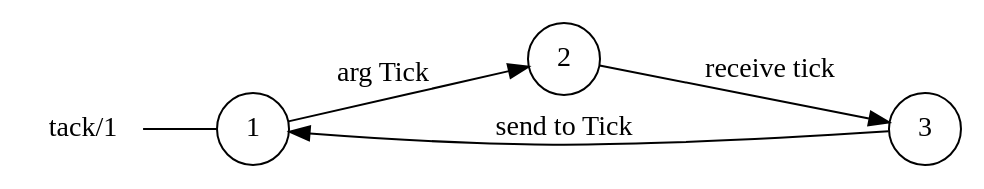
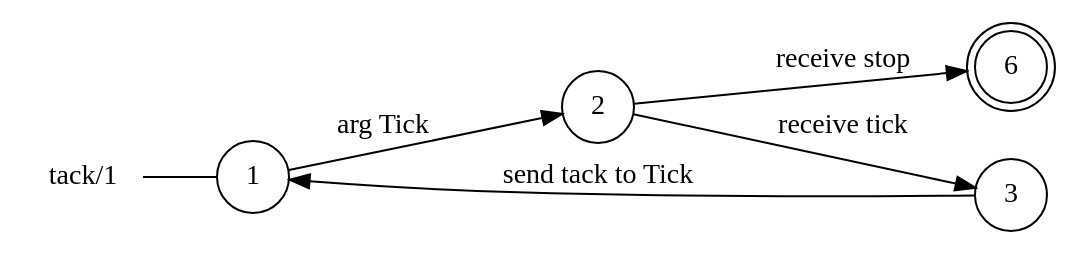
Before and after one commit to gabrielegenovese/chorer: the diagram in out/tack1_local_view.dot, drawn with Graphviz. The commit also changed 8 other files, not shown here.

```diff
--- a/out/tack1_local_view.dot
+++ b/out/tack1_local_view.dot
@@ -1,12 +1,14 @@
 digraph tack {
 	rankdir="LR";
 	n_0 [label="tack/1", shape="plaintext"];
-	n_1 [id="1", shape=circle, label="1"];
-	n_0 -> n_1 [arrowhead=none];
-	n_2 [id="2", shape=circle, label="2"];
-	n_3 [id="3", shape=circle, label="3"];
+	n_1 [id="6", shape=doublecircle, label="6"];
+	n_2 [id="1", shape=circle, label="1"];
+	n_0 -> n_2 [arrowhead=none];
+	n_3 [id="2", shape=circle, label="2"];
+	n_4 [id="3", shape=circle, label="3"];
 
-	n_1 -> n_2 [id="[$e|0]", label="arg Tick"];
-	n_3 -> n_1 [id="[$e|7]", label="send to Tick"];
-	n_2 -> n_3 [id="[$e|1]", label="receive tick"];
+	n_4 -> n_2 [id="[$e|8]", label="send tack to Tick"];
+	n_2 -> n_3 [id="[$e|0]", label="arg Tick"];
+	n_3 -> n_1 [id="[$e|6]", label="receive stop"];
+	n_3 -> n_4 [id="[$e|1]", label="receive tick"];
 }
```
